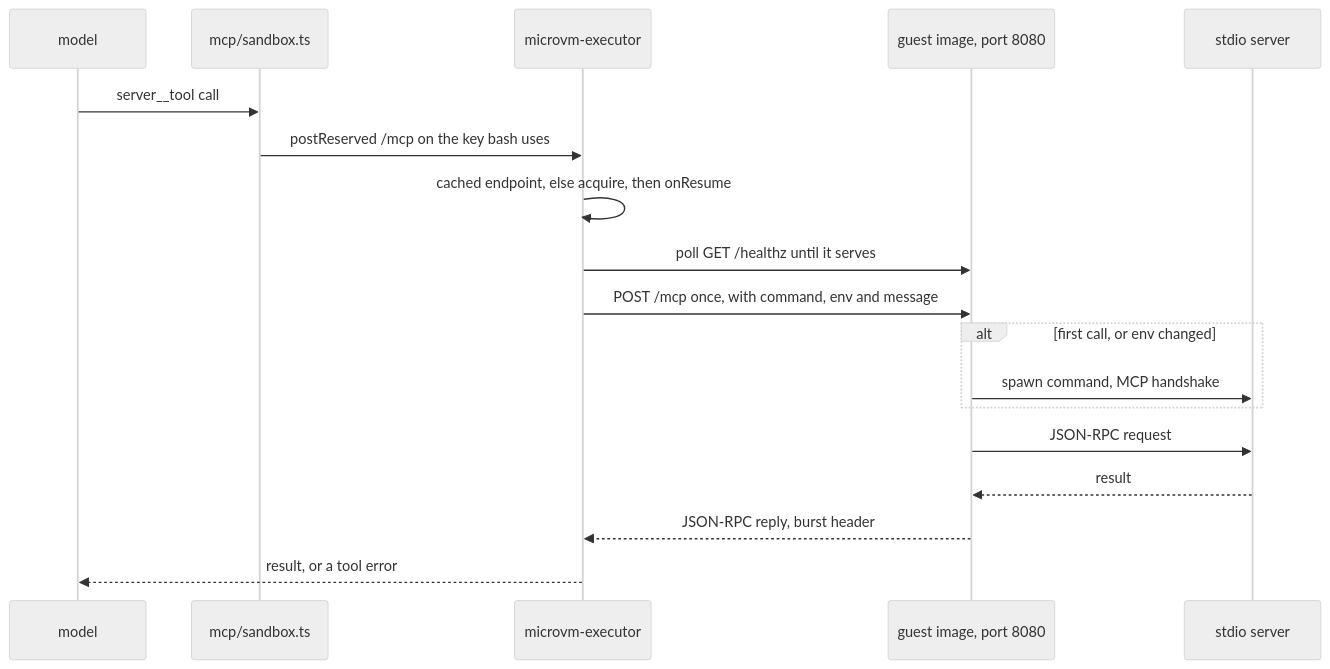
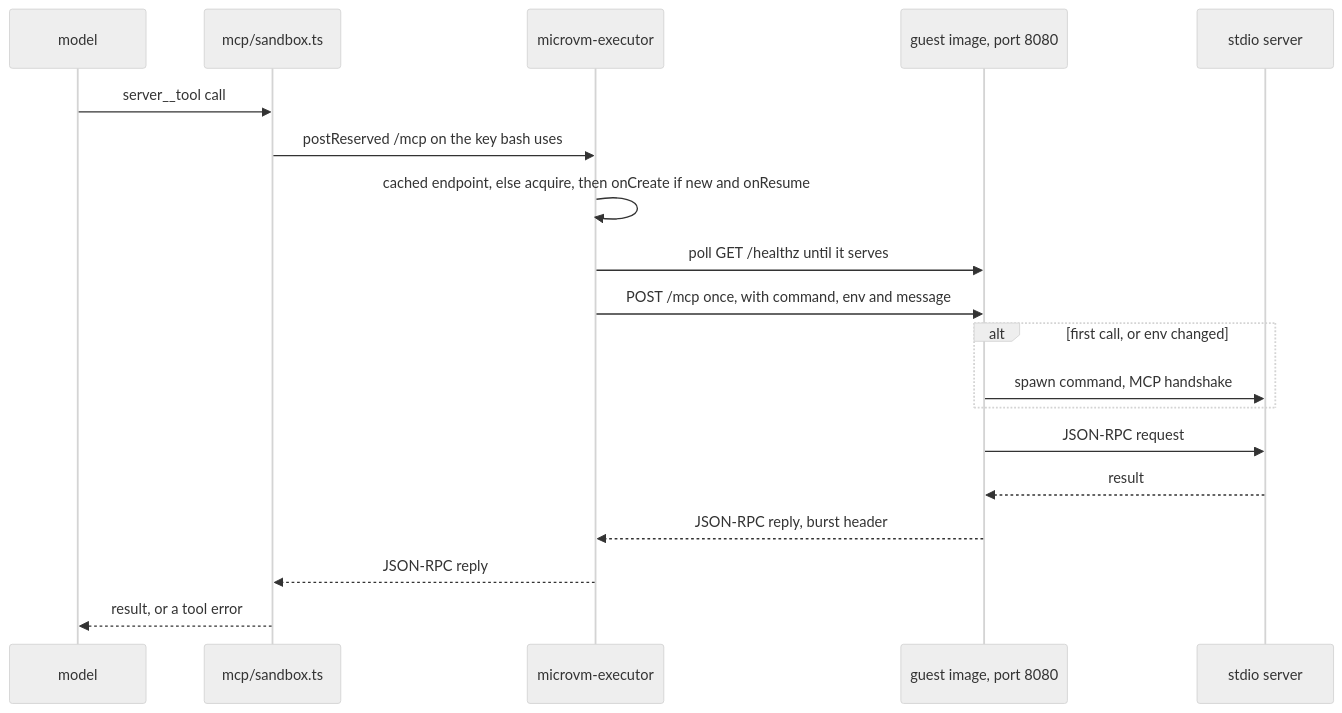
One commit to beeblastco/broods changed the second of 3 diagrams in apps/docs/docs/internals/tools-and-mcp.md. Above: the diagram before and after it, drawn with Mermaid (neutral theme). The commit also changed 2 other files, not shown here.

Commit message:
docs(sandboxes): fix diagram details from review
Background jobs only branch off a workspace run, maxLifetimeSeconds
shows on the next call, mount credentials refresh only on a later call,
and the MCP diagram shows onCreate and routes the reply through
mcp/sandbox.ts.

Claude-Session: https://claude.ai/code/session_01AnPpAmH9BBFbkDwi1YgEjF

````diff
--- a/apps/docs/docs/internals/tools-and-mcp.md
+++ b/apps/docs/docs/internals/tools-and-mcp.md
@@ -81,21 +81,22 @@
 ```mermaid
 sequenceDiagram
   participant M as model
   participant SB as mcp/sandbox.ts
   participant E as microvm-executor
   participant VM as guest image, port 8080
   participant S as stdio server
 
   M->>SB: server__tool call
   SB->>E: postReserved /mcp on the key bash uses
-  E->>E: cached endpoint, else acquire, then onResume
+  E->>E: cached endpoint, else acquire, then onCreate if new and onResume
   E->>VM: poll GET /healthz until it serves
   E->>VM: POST /mcp once, with command, env and message
   alt first call, or env changed
     VM->>S: spawn command, MCP handshake
   end
   VM->>S: JSON-RPC request
   S-->>VM: result
   VM-->>E: JSON-RPC reply, burst header
-  E-->>M: result, or a tool error
+  E-->>SB: JSON-RPC reply
+  SB-->>M: result, or a tool error
 ```
````
